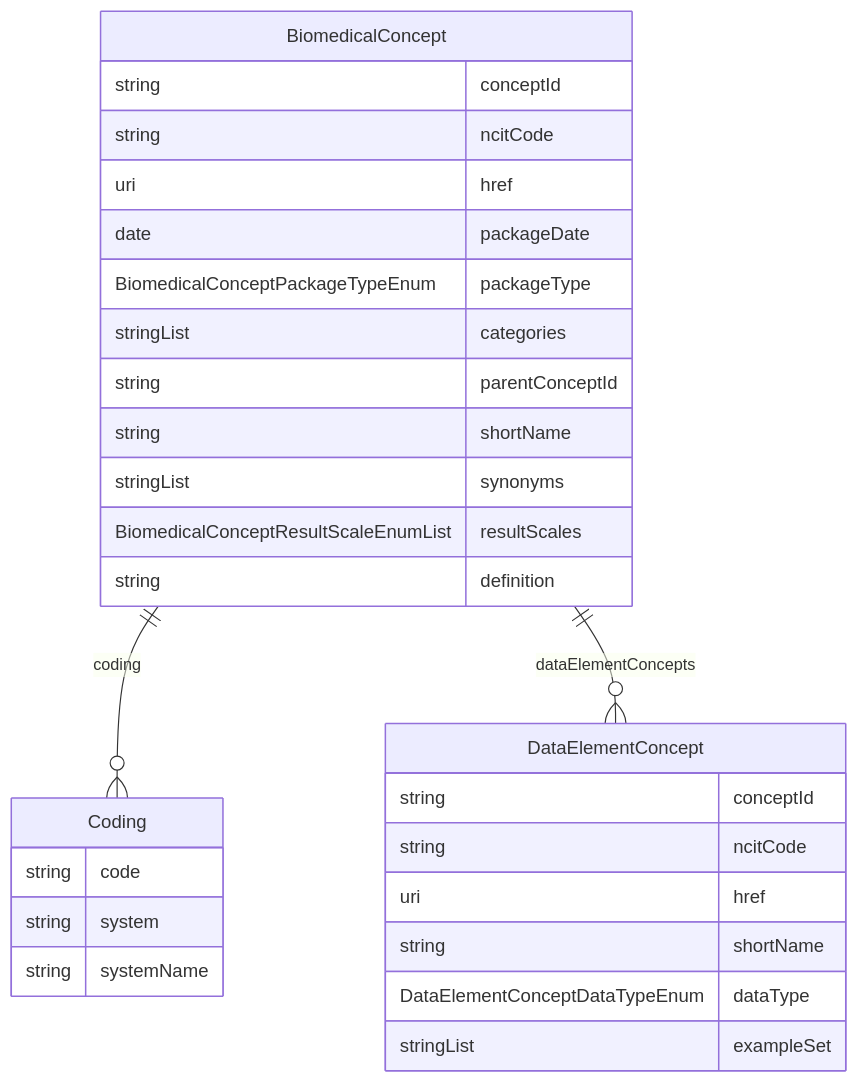
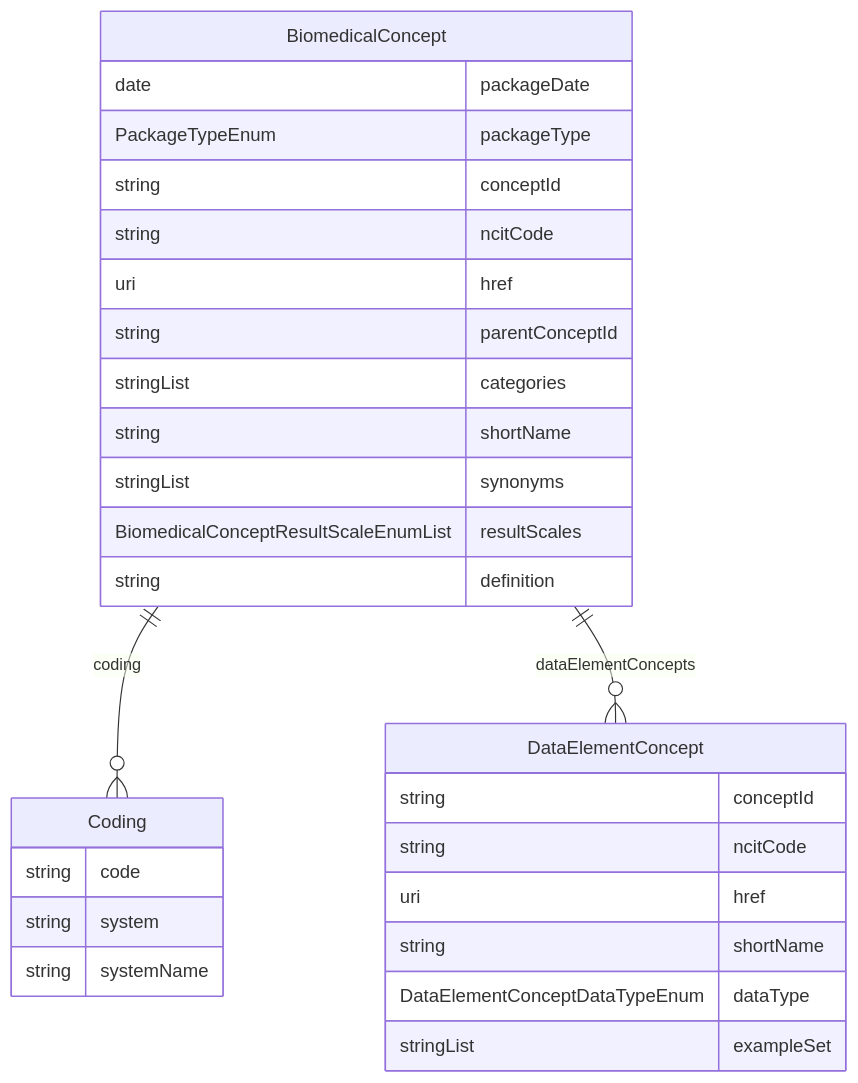
The diagram in model/cosmos_bc_model.md (cdisc-org/COSMoS), drawn with Mermaid before and after one commit. The commit also changed 64 other files, not shown here.

````diff
--- a/model/cosmos_bc_model.md
+++ b/model/cosmos_bc_model.md
@@ -1,33 +1,33 @@
 ```mermaid
 erDiagram
 BiomedicalConcept {
+    date packageDate  
+    PackageTypeEnum packageType  
     string conceptId  
     string ncitCode  
     uri href  
-    date packageDate  
-    BiomedicalConceptPackageTypeEnum packageType  
+    string parentConceptId  
     stringList categories  
-    string parentConceptId  
     string shortName  
     stringList synonyms  
     BiomedicalConceptResultScaleEnumList resultScales  
     string definition  
 }
 Coding {
     string code  
     string system  
     string systemName  
 }
 DataElementConcept {
     string conceptId  
     string ncitCode  
     uri href  
     string shortName  
     DataElementConceptDataTypeEnum dataType  
     stringList exampleSet  
 }
 
 BiomedicalConcept ||--}o Coding : "coding"
 BiomedicalConcept ||--}o DataElementConcept : "dataElementConcepts"
 
 ```
````
